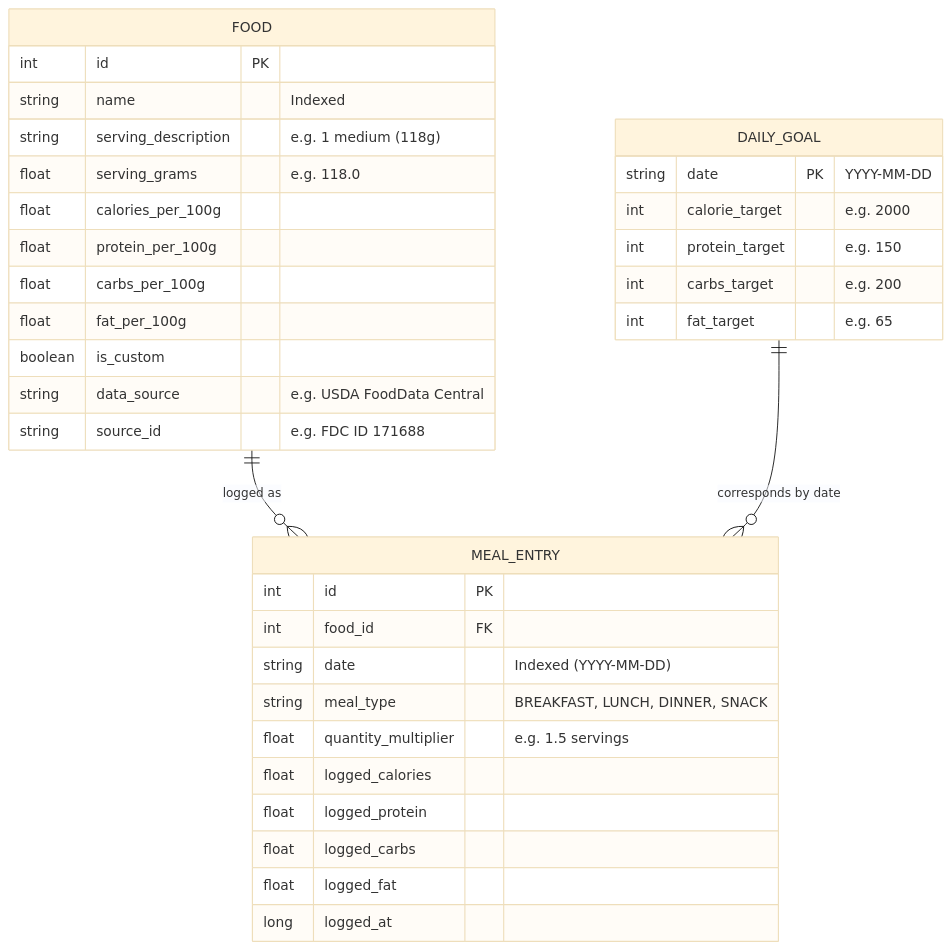
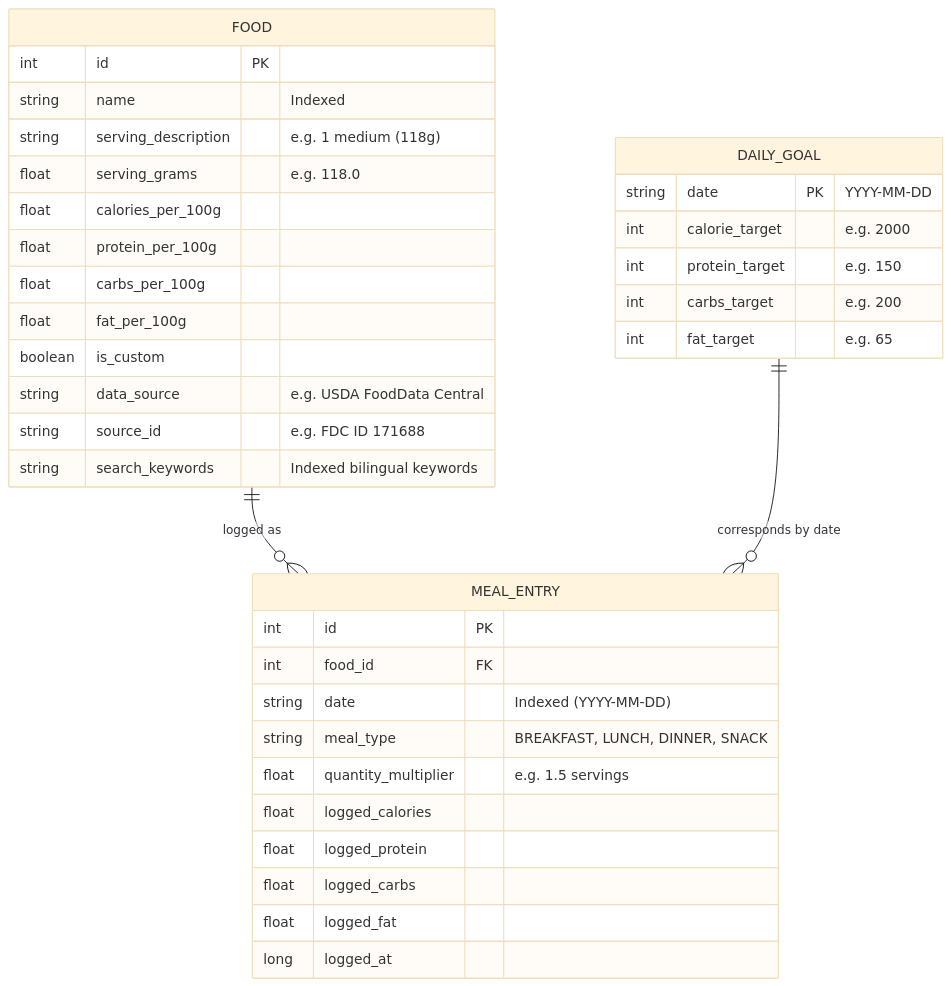
Before and after one commit to Bo0o0oM/calorietrack: the diagram in docs/database-design.md, drawn with Mermaid (base theme). The commit also changed other lines of this file and 13 other files, not shown here.

````diff
--- a/docs/database-design.md
+++ b/docs/database-design.md
@@ -9,40 +9,41 @@
 ```mermaid
 erDiagram
     FOOD ||--o{ MEAL_ENTRY : "logged as"
     DAILY_GOAL ||--o{ MEAL_ENTRY : "corresponds by date"
 
     FOOD {
         int id PK
         string name "Indexed"
         string serving_description "e.g. 1 medium (118g)"
         float serving_grams "e.g. 118.0"
         float calories_per_100g
         float protein_per_100g
         float carbs_per_100g
         float fat_per_100g
         boolean is_custom
         string data_source "e.g. USDA FoodData Central"
         string source_id "e.g. FDC ID 171688"
+        string search_keywords "Indexed bilingual keywords"
     }
 
     MEAL_ENTRY {
         int id PK
         int food_id FK
         string date "Indexed (YYYY-MM-DD)"
         string meal_type "BREAKFAST, LUNCH, DINNER, SNACK"
         float quantity_multiplier "e.g. 1.5 servings"
         float logged_calories
         float logged_protein
         float logged_carbs
         float logged_fat
         long logged_at
     }
 
     DAILY_GOAL {
         string date PK "YYYY-MM-DD"
         int calorie_target "e.g. 2000"
         int protein_target "e.g. 150"
         int carbs_target "e.g. 200"
         int fat_target "e.g. 65"
     }
 ```
````
